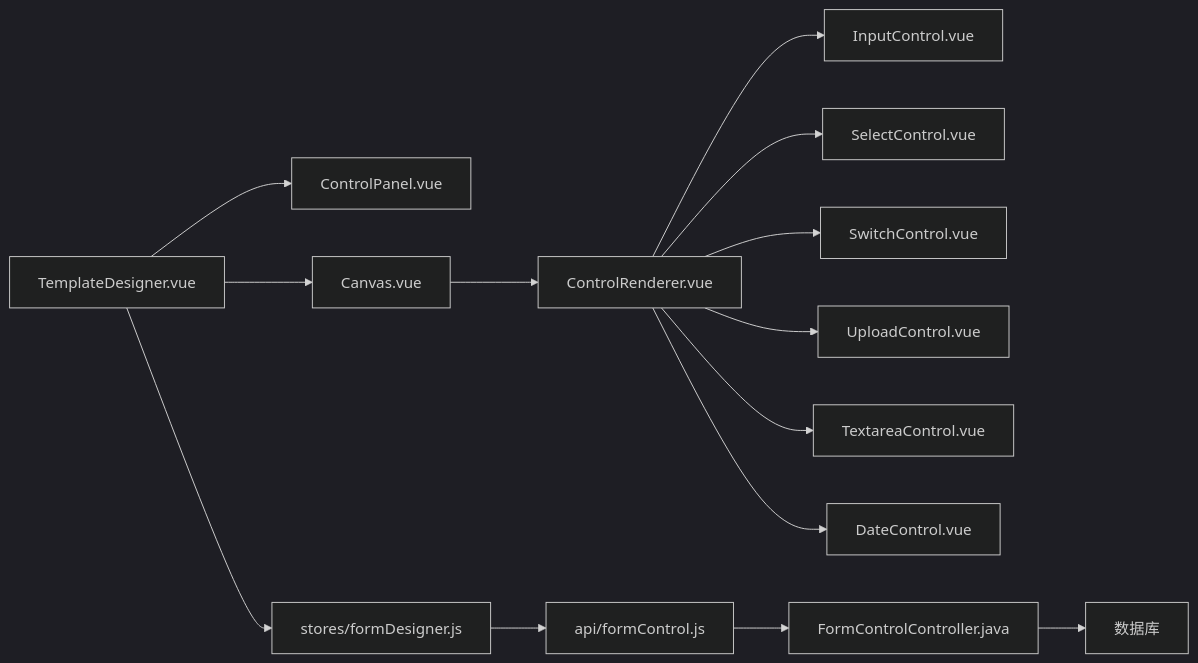
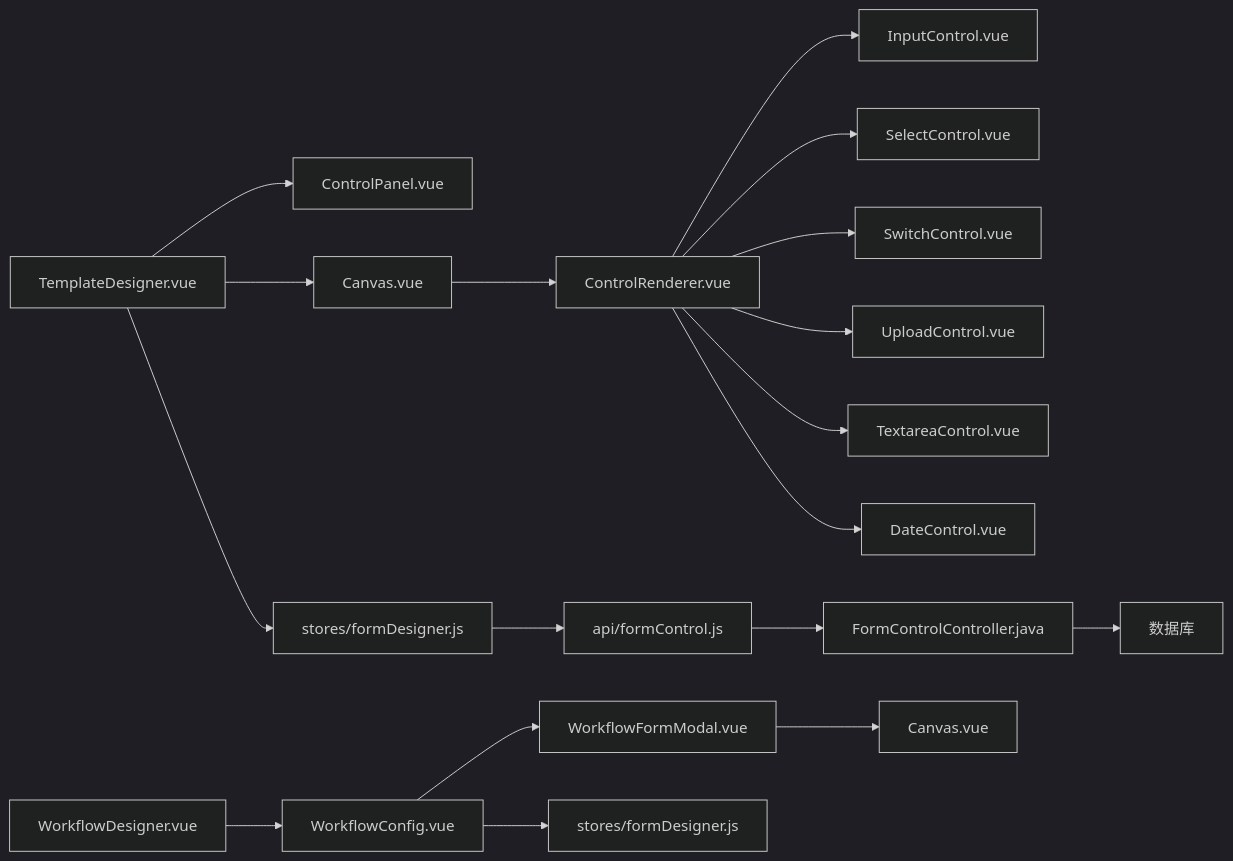
Diagram 12 of 12 in .qoder/repowiki/zh/content/前端架构设计/拖拽式表单设计器.md (NJMrLi/genetics), drawn with Mermaid (dark theme) before and after one commit. The commit also changed other lines of this file and 3 other files, not shown here.

````diff
--- a/.qoder/repowiki/zh/content/前端架构设计/拖拽式表单设计器.md
+++ b/.qoder/repowiki/zh/content/前端架构设计/拖拽式表单设计器.md
@@ -537,16 +662,20 @@
 ```mermaid
 graph LR
 TD["TemplateDesigner.vue"] --> CP["ControlPanel.vue"]
 TD --> CV["Canvas.vue"]
 CV --> CR["ControlRenderer.vue"]
 CR --> C1["InputControl.vue"]
 CR --> C2["SelectControl.vue"]
 CR --> C3["SwitchControl.vue"]
 CR --> C4["UploadControl.vue"]
 CR --> C5["TextareaControl.vue"]
 CR --> C6["DateControl.vue"]
 TD --> ST["stores/formDesigner.js"]
 ST --> API["api/formControl.js"]
 API --> FC["FormControlController.java"]
 FC --> DB["数据库"]
+WD["WorkflowDesigner.vue"] --> WC["WorkflowConfig.vue"]
+WC --> WFM["WorkflowFormModal.vue"]
+WFM --> CV2["Canvas.vue"]
+WC --> ST2["stores/formDesigner.js"]
 ```
````
